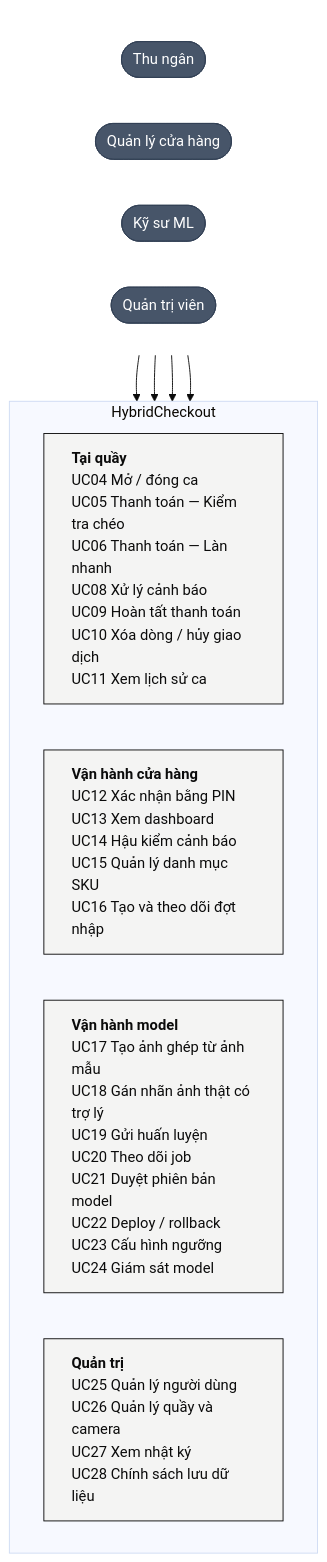
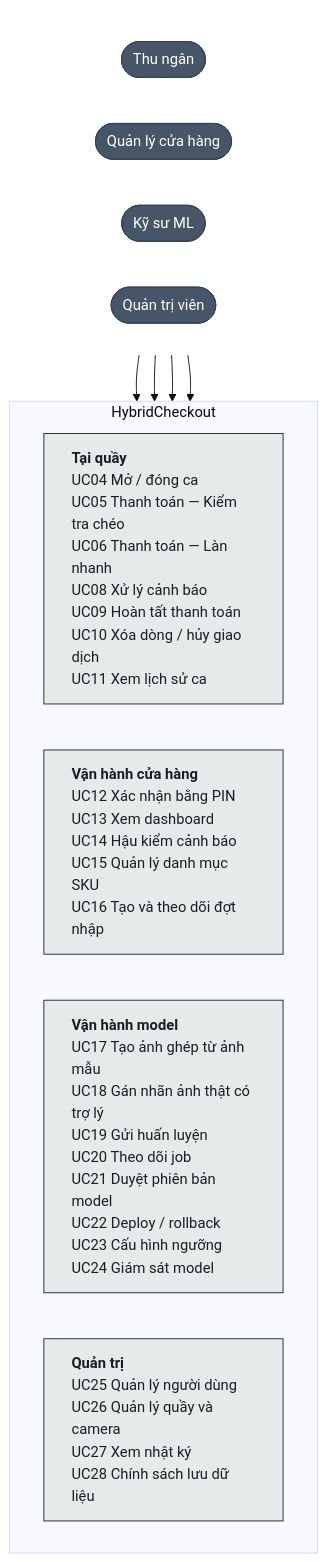
The first of 3 diagrams in README.md (AnNguyen05092004/hybrid-checkout), drawn with Mermaid (base theme) before and after one commit. The commit also changed other lines of this file and 41 other files, not shown here.

Commit message:
feat: giao diện Industrial, mind map XMind, đổi tên đề tài

````diff
--- a/README.md
+++ b/README.md
@@ -69,26 +69,26 @@
 ```mermaid
 flowchart TB
     subgraph actors[" "]
         direction LR
         cashier(["Thu ngân"])
         manager(["Quản lý cửa hàng"])
         ml(["Kỹ sư ML"])
         admin(["Quản trị viên"])
     end
     subgraph sys["HybridCheckout"]
         direction LR
         c["<b>Tại quầy</b><br/>UC04 Mở / đóng ca<br/>UC05 Thanh toán — Kiểm tra chéo<br/>UC06 Thanh toán — Làn nhanh<br/>UC08 Xử lý cảnh báo<br/>UC09 Hoàn tất thanh toán<br/>UC10 Xóa dòng / hủy giao dịch<br/>UC11 Xem lịch sử ca"]
         m["<b>Vận hành cửa hàng</b><br/>UC12 Xác nhận bằng PIN<br/>UC13 Xem dashboard<br/>UC14 Hậu kiểm cảnh báo<br/>UC15 Quản lý danh mục SKU<br/>UC16 Tạo và theo dõi đợt nhập"]
         l["<b>Vận hành model</b><br/>UC17 Tạo ảnh ghép từ ảnh mẫu<br/>UC18 Gán nhãn ảnh thật có trợ lý<br/>UC19 Gửi huấn luyện<br/>UC20 Theo dõi job<br/>UC21 Duyệt phiên bản model<br/>UC22 Deploy / rollback<br/>UC23 Cấu hình ngưỡng<br/>UC24 Giám sát model"]
         a["<b>Quản trị</b><br/>UC25 Quản lý người dùng<br/>UC26 Quản lý quầy và camera<br/>UC27 Xem nhật ký<br/>UC28 Chính sách lưu dữ liệu"]
     end
     cashier --> c
     manager --> m
     ml --> l
     admin --> a
     classDef actor fill:#475569,color:#fff,stroke:#334155
-    classDef box fill:#f4f4f3,stroke:#0b0b0b,color:#0b0b0b,text-align:left
+    classDef box fill:#e7eaeb,stroke:#20272b,color:#181e22,text-align:left
     class cashier,manager,ml,admin actor
     class c,m,l,a box
     style actors fill:none,stroke:none
 ```
````
